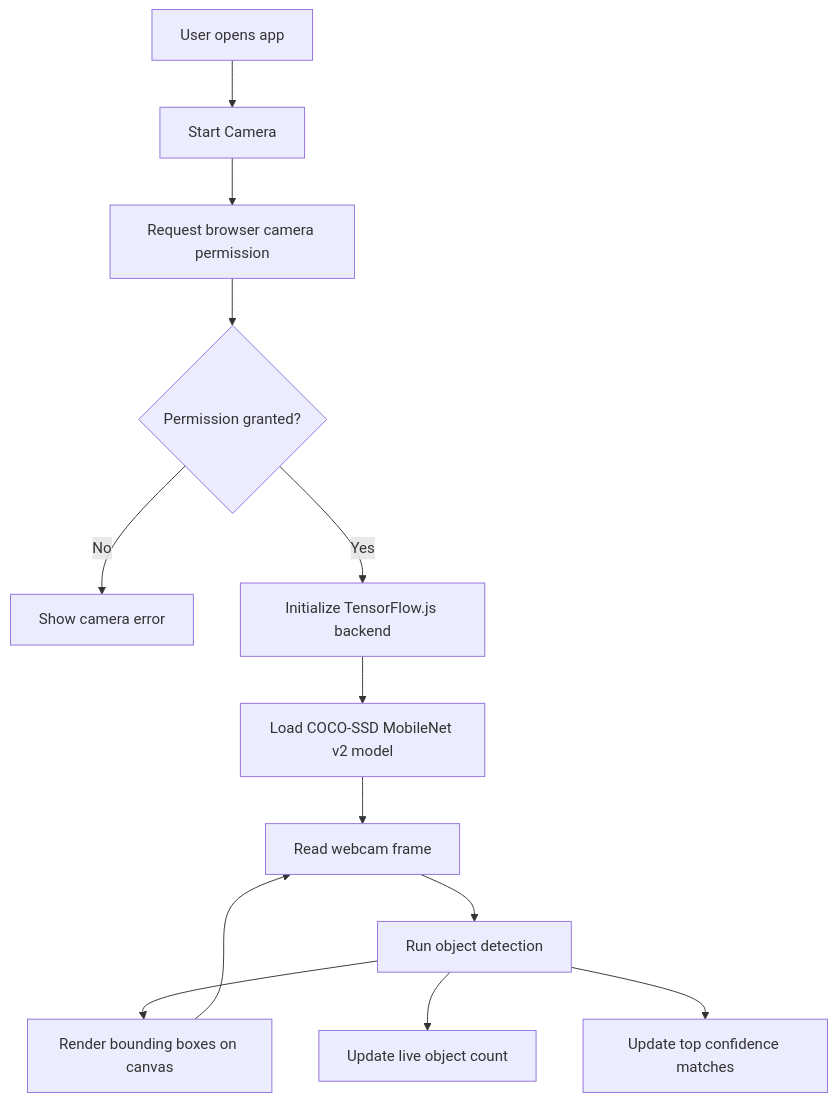
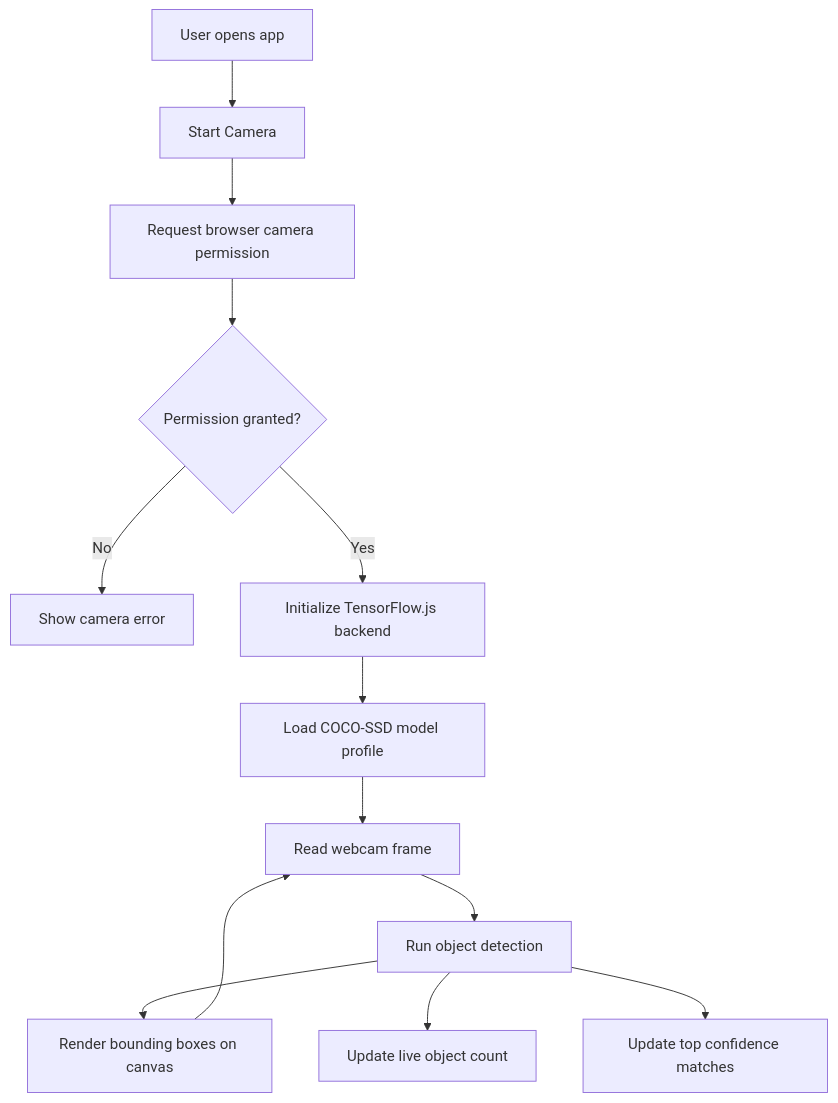
Before and after one commit to debarghya131/AI-Object-Detector: the first of 2 diagrams in README.md, drawn with Mermaid. The commit also changed other lines of this file and 1 other file, not shown here.

````diff
--- a/README.md
+++ b/README.md
@@ -56,15 +57,15 @@
 ```mermaid
 flowchart TD
     A[User opens app] --> B[Start Camera]
     B --> C[Request browser camera permission]
     C --> D{Permission granted?}
     D -- No --> E[Show camera error]
     D -- Yes --> F[Initialize TensorFlow.js backend]
-    F --> G[Load COCO-SSD MobileNet v2 model]
+    F --> G[Load COCO-SSD model profile]
     G --> H[Read webcam frame]
     H --> I[Run object detection]
     I --> J[Render bounding boxes on canvas]
     I --> K[Update live object count]
     I --> L[Update top confidence matches]
     J --> H
 ```
````
